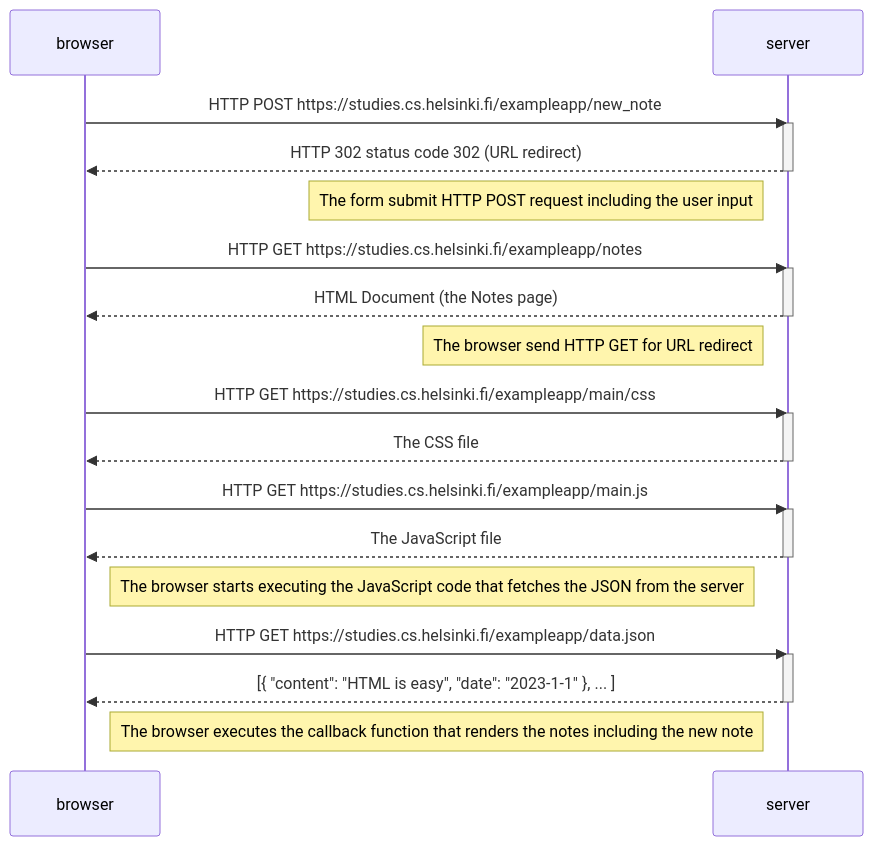
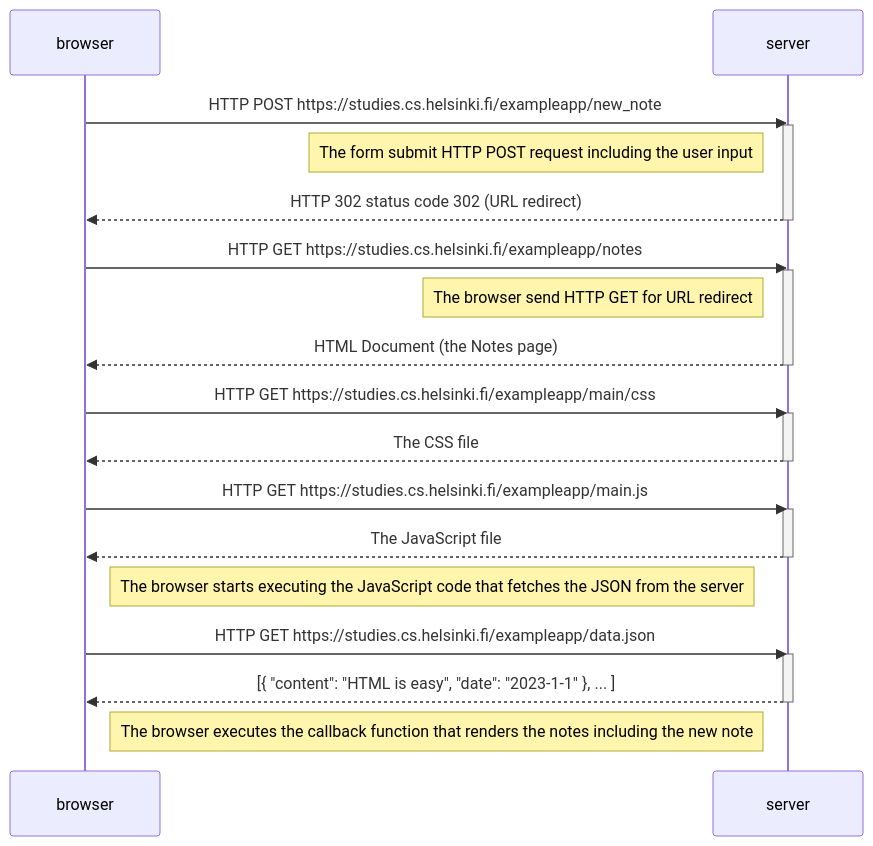
The diagram in part0/0.4.md (kole-wc/fullstackopen), drawn with Mermaid before and after one commit.

Commit message:
Fix comments

````diff
--- a/part0/0.4.md
+++ b/part0/0.4.md
@@ -1,38 +1,36 @@
 ```mermaid
 sequenceDiagram
     participant browser
     participant server
 
     browser->>server: HTTP POST https://studies.cs.helsinki.fi/exampleapp/new_note
     activate server
+    Note left of server: The form submit HTTP POST request including the user input
     server-->>browser: HTTP 302 status code 302 (URL redirect)
-    deactivate server
-
-    Note left of server: The form submit HTTP POST request including the user input 
+    deactivate server 
 
     browser->>server: HTTP GET https://studies.cs.helsinki.fi/exampleapp/notes
     activate server
+    Note left of server: The browser send HTTP GET for URL redirect
     server-->>browser: HTML Document (the Notes page)
     deactivate server
-    
-    Note left of server: The browser send HTTP GET for URL redirect
 
     browser->>server: HTTP GET https://studies.cs.helsinki.fi/exampleapp/main/css
     activate server
     server-->>browser: The CSS file
     deactivate server
 
     browser->>server: HTTP GET https://studies.cs.helsinki.fi/exampleapp/main.js
     activate server
     server-->>browser: The JavaScript file
     deactivate server
 
     Note right of browser: The browser starts executing the JavaScript code that fetches the JSON from the server
 
     browser->>server: HTTP GET https://studies.cs.helsinki.fi/exampleapp/data.json
     activate server
     server-->>browser: [{ "content": "HTML is easy", "date": "2023-1-1" }, ... ]
     deactivate server
 
     Note right of browser: The browser executes the callback function that renders the notes including the new note
 ```
````
